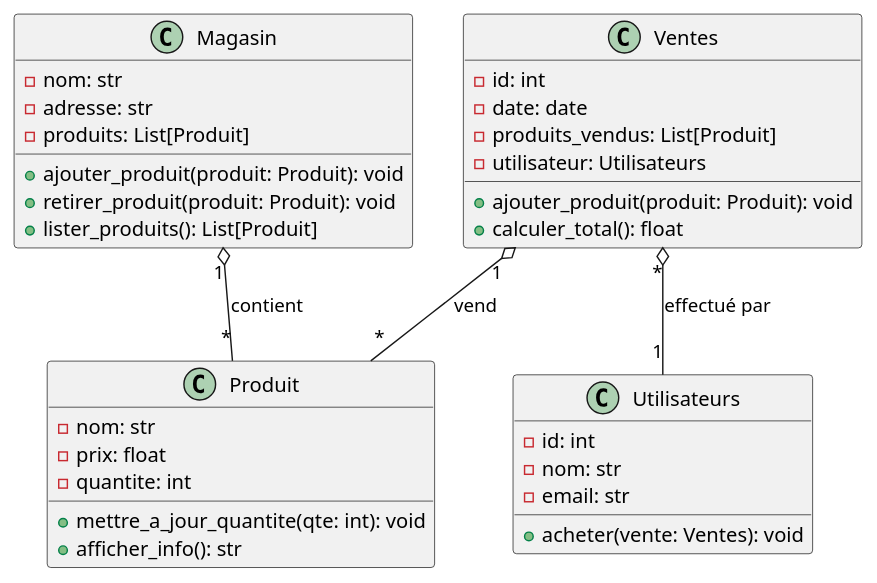
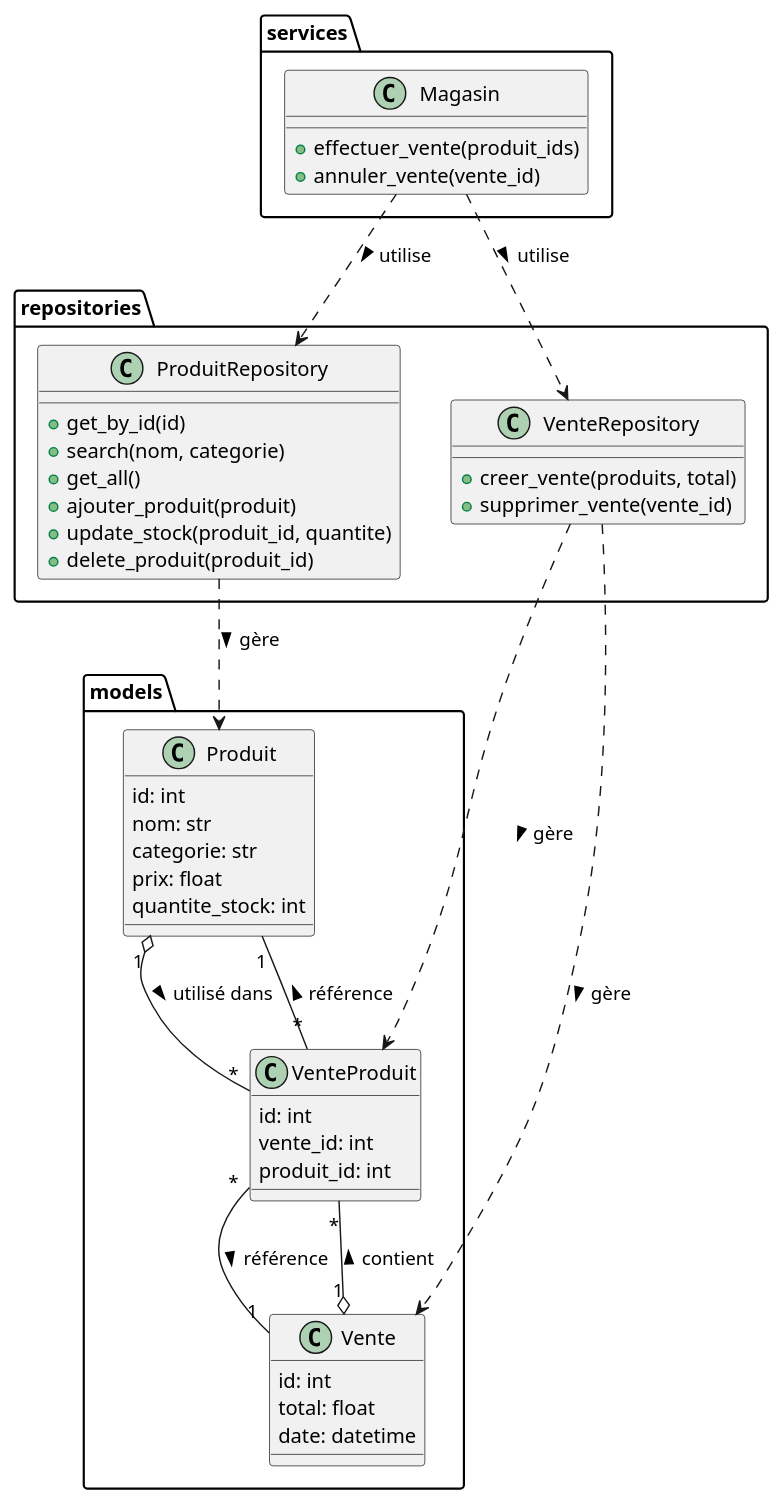
One commit to DylannFontus/Lab0_Log430 changed the diagram in docs/UML/VueLogique.puml. Above: the diagram before and after it, drawn with PlantUML. The commit also changed 24 other files, not shown here.

```diff
--- a/docs/UML/VueLogique.puml
+++ b/docs/UML/VueLogique.puml
@@ -1,40 +1,63 @@
 @startuml
 
-class Magasin {
-    - nom: str
-    - adresse: str
-    - produits: List[Produit]
-    + ajouter_produit(produit: Produit): void
-    + retirer_produit(produit: Produit): void
-    + lister_produits(): List[Produit]
+package models {
+    class Produit {
+        id: int
+        nom: str
+        categorie: str
+        prix: float
+        quantite_stock: int
+    }
+
+    class Vente {
+        id: int
+        total: float
+        date: datetime
+    }
+
+    class VenteProduit {
+        id: int
+        vente_id: int
+        produit_id: int
+    }
 }
 
-class Produit {
-    - nom: str
-    - prix: float
-    - quantite: int
-    + mettre_a_jour_quantite(qte: int): void
-    + afficher_info(): str
+package repositories {
+    class ProduitRepository {
+        + get_by_id(id)
+        + search(nom, categorie)
+        + get_all()
+        + ajouter_produit(produit)
+        + update_stock(produit_id, quantite)
+        + delete_produit(produit_id)
+    }
+
+    class VenteRepository {
+        + creer_vente(produits, total)
+        + supprimer_vente(vente_id)
+    }
 }
 
-class Ventes {
-    - id: int
-    - date: date
-    - produits_vendus: List[Produit]
-    - utilisateur: Utilisateurs
-    + ajouter_produit(produit: Produit): void
-    + calculer_total(): float
+package services {
+    class Magasin {
+        + effectuer_vente(produit_ids)
+        + annuler_vente(vente_id)
+    }
 }
 
-class Utilisateurs {
-    - id: int
-    - nom: str
-    - email: str
-    + acheter(vente: Ventes): void
-}
+' Relations ORM
+Produit "1" o-- "*" VenteProduit : utilisé dans >
+Vente "1" o-- "*" VenteProduit : contient >
+VenteProduit "*" -- "1" Produit : référence >
+VenteProduit "*" -- "1" Vente : référence >
 
-Magasin "1" o-- "*" Produit : contient
-Ventes "1" o-- "*" Produit : vend
-Ventes "*" o-- "1" Utilisateurs : effectué par
+' Repositories
+ProduitRepository ..> Produit : gère >
+VenteRepository ..> Vente : gère >
+VenteRepository ..> VenteProduit : gère >
+
+' Service
+Magasin ..> ProduitRepository : utilise >
+Magasin ..> VenteRepository : utilise >
 
 @enduml
```
